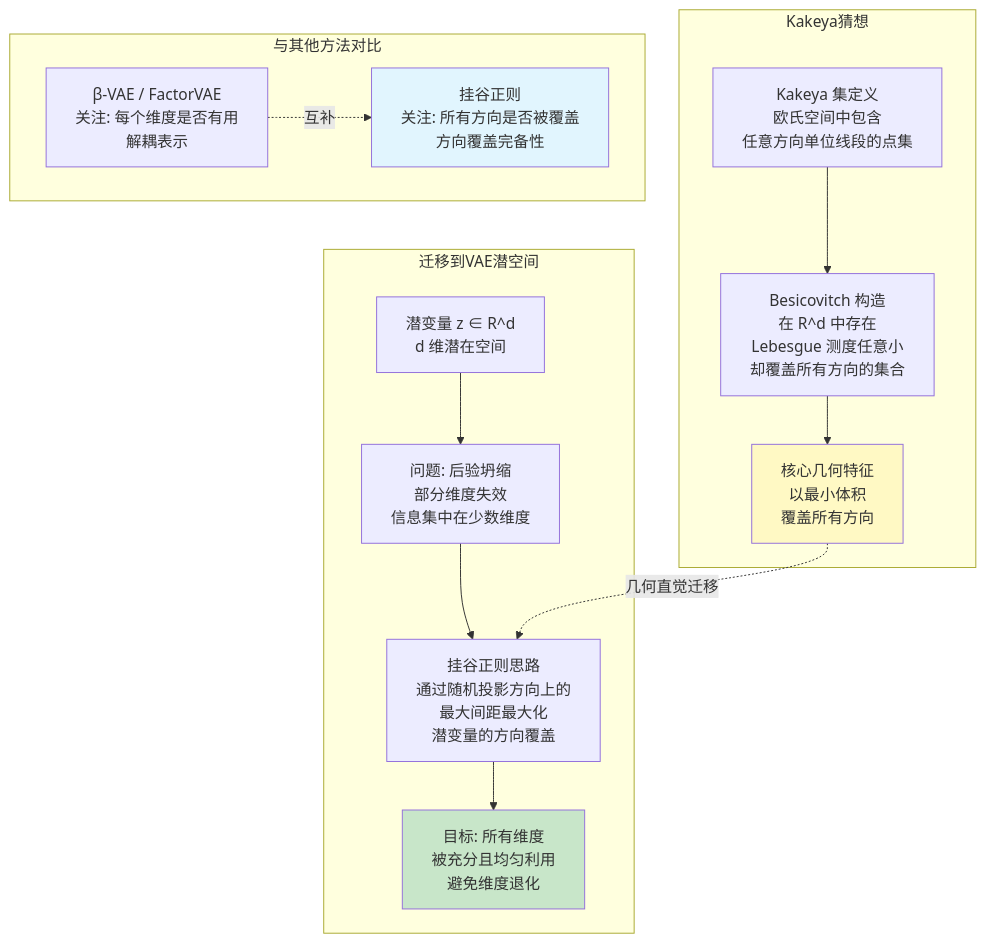
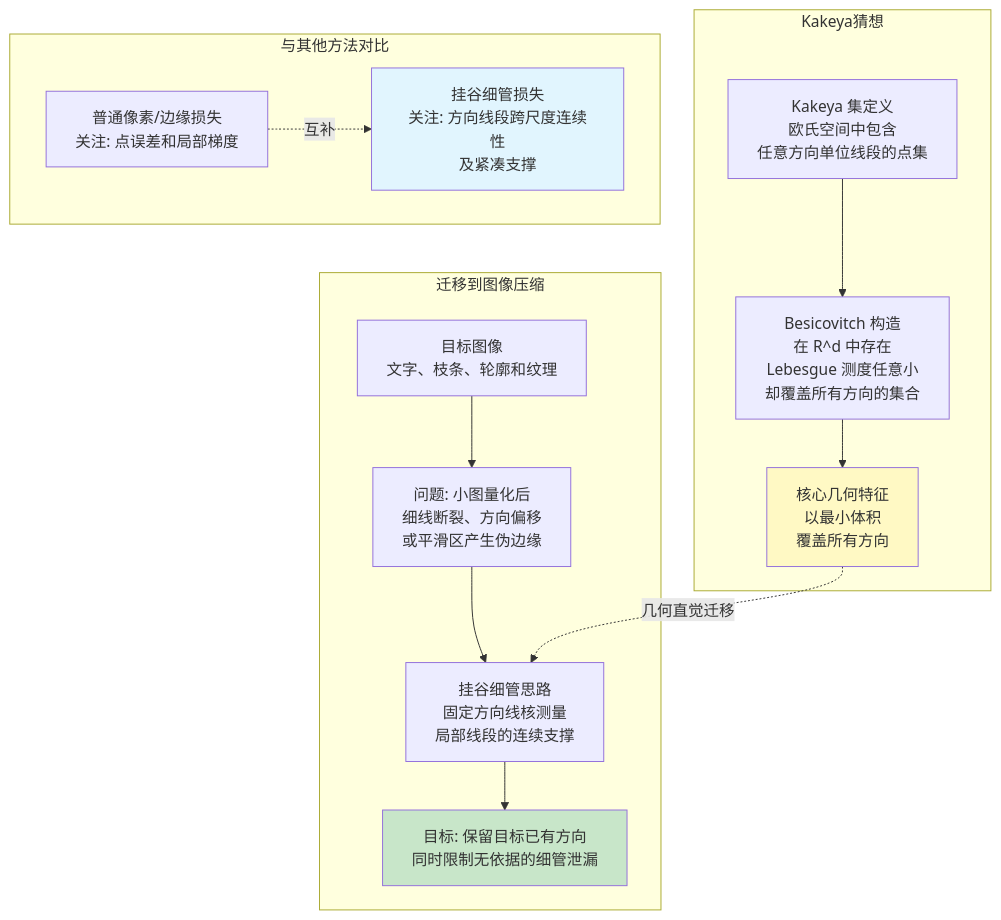
One commit to novvoo/kakeya-vae changed the first of 19 diagrams in docs/architecture.md. Above: the diagram before and after it, drawn with Mermaid. The commit also changed other lines of this file and 10 other files, not shown here.

````diff
--- a/docs/architecture.md
+++ b/docs/architecture.md
@@ -13,33 +13,33 @@
 ```mermaid
 graph TD
     subgraph Kakeya猜想
         K1[Kakeya 集定义<br/>欧氏空间中包含<br/>任意方向单位线段的点集]
         K2[Besicovitch 构造<br/>在 R^d 中存在<br/>Lebesgue 测度任意小<br/>却覆盖所有方向的集合]
         K3[核心几何特征<br/>以最小体积<br/>覆盖所有方向]
 
         K1 --> K2
         K2 --> K3
     end
 
-    subgraph 迁移到VAE潜空间
-        V1[潜变量 z ∈ R^d<br/>d 维潜在空间]
-        V2[问题: 后验坍缩<br/>部分维度失效<br/>信息集中在少数维度]
-        V3[挂谷正则思路<br/>通过随机投影方向上的<br/>最大间距最大化<br/>潜变量的方向覆盖]
-        V4[目标: 所有维度<br/>被充分且均匀利用<br/>避免维度退化]
+    subgraph 迁移到图像压缩
+        V1[目标图像<br/>文字、枝条、轮廓和纹理]
+        V2[问题: 小图量化后<br/>细线断裂、方向偏移<br/>或平滑区产生伪边缘]
+        V3[挂谷细管思路<br/>固定方向线核测量<br/>局部线段的连续支撑]
+        V4[目标: 保留目标已有方向<br/>同时限制无依据的细管泄漏]
 
         V1 --> V2
         V2 --> V3
         K3 -.->|几何直觉迁移| V3
         V3 --> V4
     end
 
     subgraph 与其他方法对比
-        C1[β-VAE / FactorVAE<br/>关注: 每个维度是否有用<br/>解耦表示]
-        C2[挂谷正则<br/>关注: 所有方向是否被覆盖<br/>方向覆盖完备性]
+        C1[普通像素/边缘损失<br/>关注: 点误差和局部梯度]
+        C2[挂谷细管损失<br/>关注: 方向线段跨尺度连续性<br/>及紧凑支撑]
         C1 -.->|互补| C2
     end
 
     style K3 fill:#fff9c4
     style V4 fill:#c8e6c9
     style C2 fill:#e1f5fe
 ```
````
